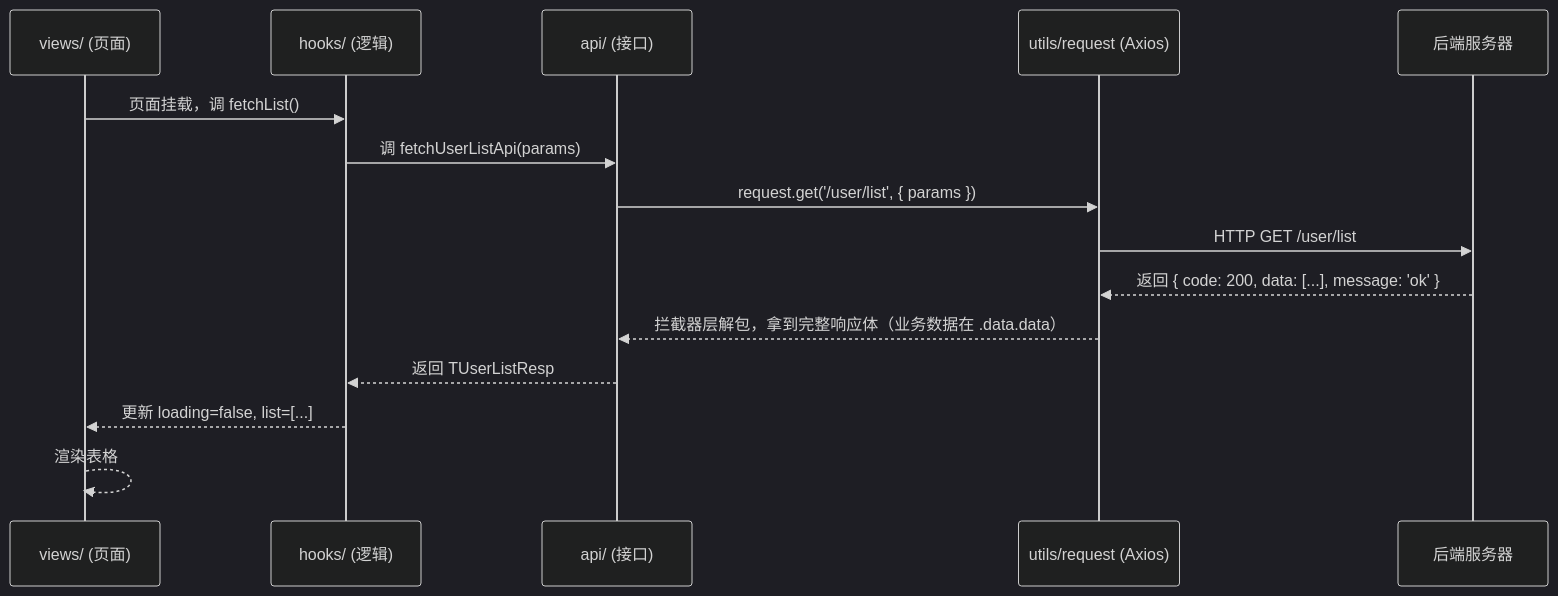
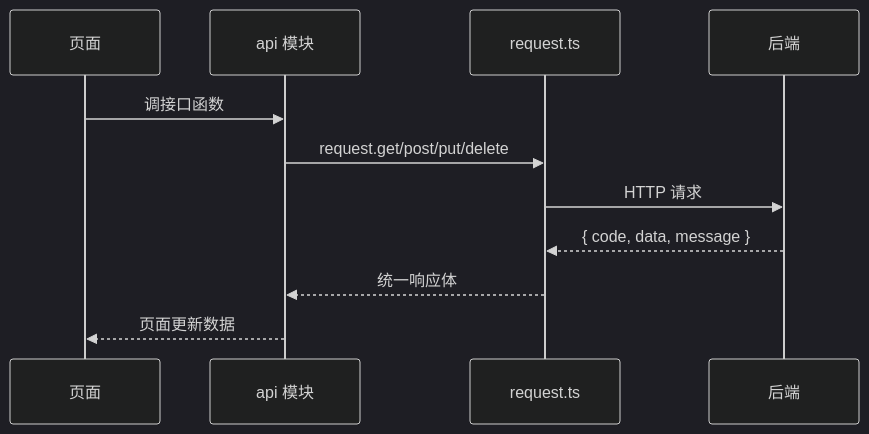
The fourth of 4 diagrams in docs/技术文档.md (TCIano/iframemode), drawn with Mermaid (dark theme) before and after one commit. The commit also changed other lines of this file and 1 other file, not shown here.

````diff
--- a/docs/技术文档.md
+++ b/docs/技术文档.md
@@ -129,18 +195,14 @@
 ```mermaid
 sequenceDiagram
-    participant P as views/ (页面)
-    participant H as hooks/ (逻辑)
-    participant A as api/ (接口)
-    participant R as utils/request (Axios)
-    participant S as 后端服务器
+    participant Page as 页面
+    participant Api as api 模块
+    participant Request as request.ts
+    participant Server as 后端
 
-    P->>H: 页面挂载，调 fetchList()
-    H->>A: 调 fetchUserListApi(params)
-    A->>R: request.get('/user/list', { params })
-    R->>S: HTTP GET /user/list
-    S-->>R: 返回 { code: 200, data: [...], message: 'ok' }
-    R-->>A: 拦截器层解包，拿到完整响应体（业务数据在 .data.data）
-    A-->>H: 返回 TUserListResp
-    H-->>P: 更新 loading=false, list=[...]
-    P-->>P: 渲染表格
+    Page->>Api: 调接口函数
+    Api->>Request: request.get/post/put/delete
+    Request->>Server: HTTP 请求
+    Server-->>Request: { code, data, message }
+    Request-->>Api: 统一响应体
+    Api-->>Page: 页面更新数据
 ```
````
